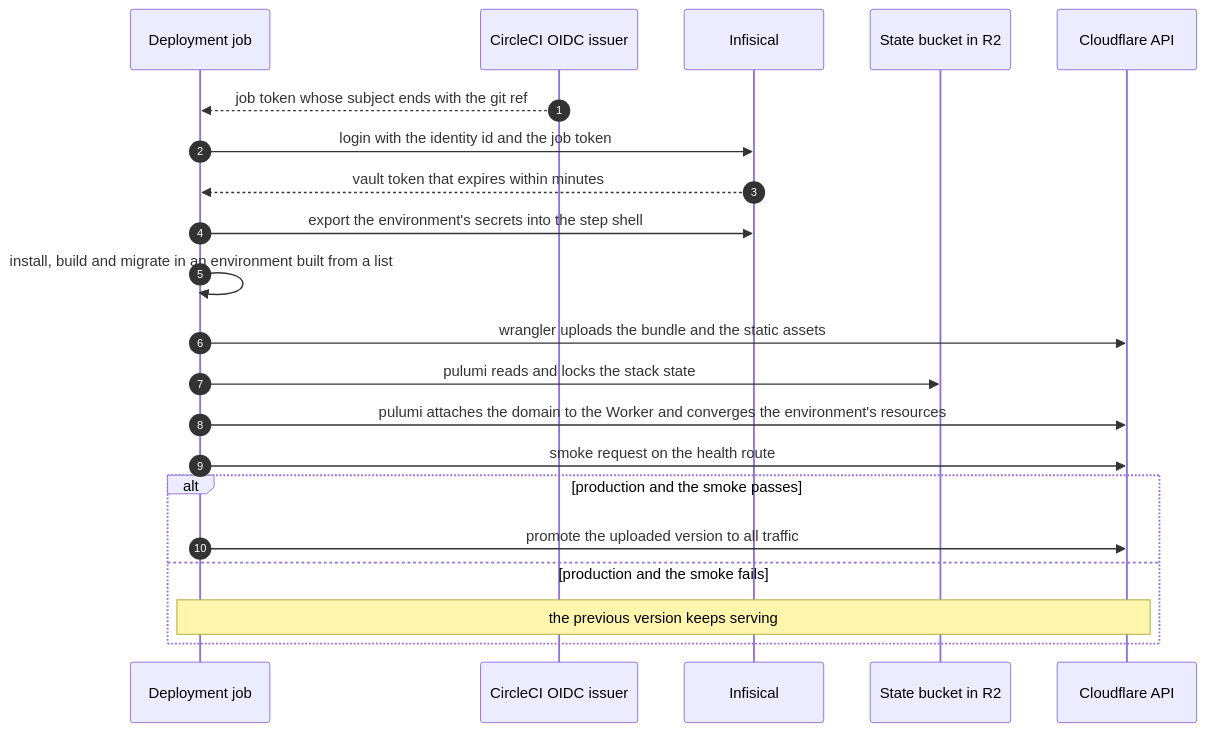
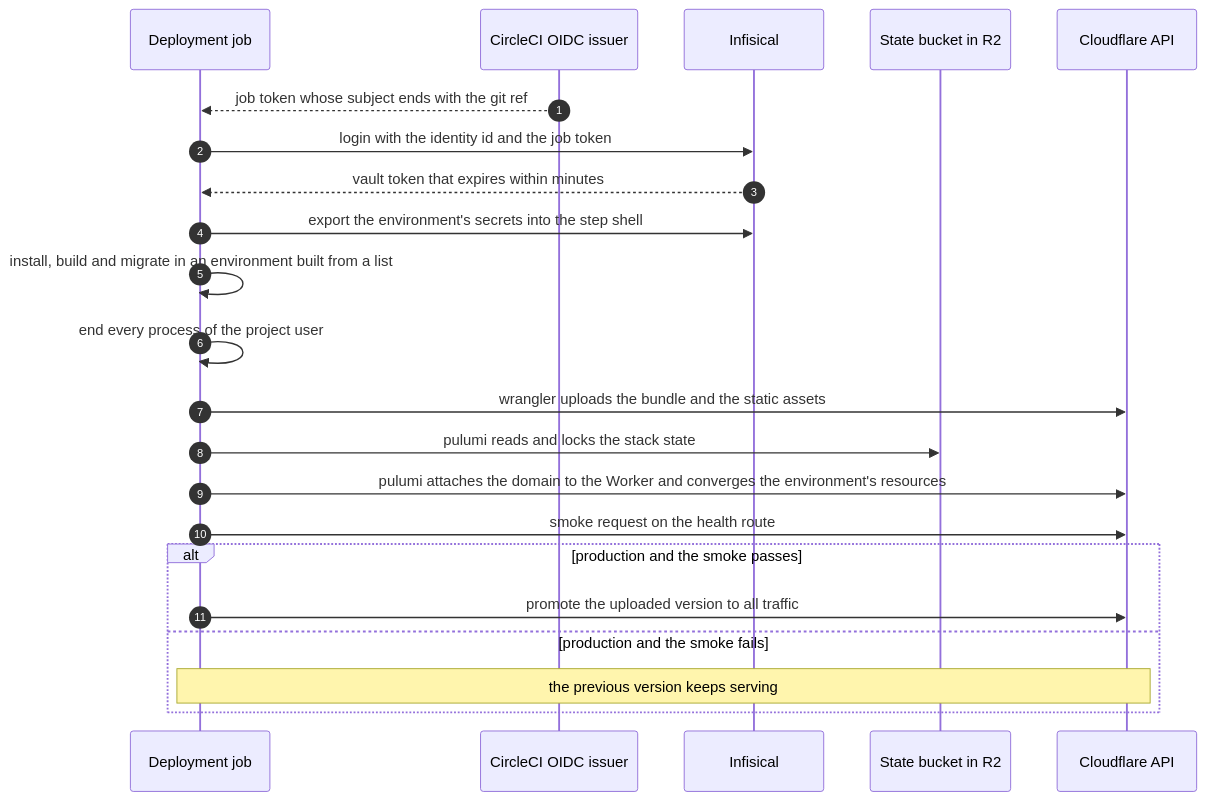
One commit to NextNodeSolutions/infrastructure changed the third of 3 diagrams in docs/architecture.md. Above: the diagram before and after it, drawn with Mermaid. The commit also changed other lines of this file and 8 other files, not shown here.

````diff
--- a/docs/architecture.md
+++ b/docs/architecture.md
@@ -85,23 +85,24 @@
 ```mermaid
 sequenceDiagram
     autonumber
     participant J as Deployment job
     participant O as CircleCI OIDC issuer
     participant V as Infisical
     participant S as State bucket in R2
     participant F as Cloudflare API
     O-->>J: job token whose subject ends with the git ref
     J->>V: login with the identity id and the job token
     V-->>J: vault token that expires within minutes
     J->>V: export the environment's secrets into the step shell
     J->>J: install, build and migrate in an environment built from a list
+    J->>J: end every process of the project user
     J->>F: wrangler uploads the bundle and the static assets
     J->>S: pulumi reads and locks the stack state
     J->>F: pulumi attaches the domain to the Worker and converges the environment's resources
     J->>F: smoke request on the health route
     alt production and the smoke passes
         J->>F: promote the uploaded version to all traffic
     else production and the smoke fails
         Note over J,F: the previous version keeps serving
     end
 ```
````
